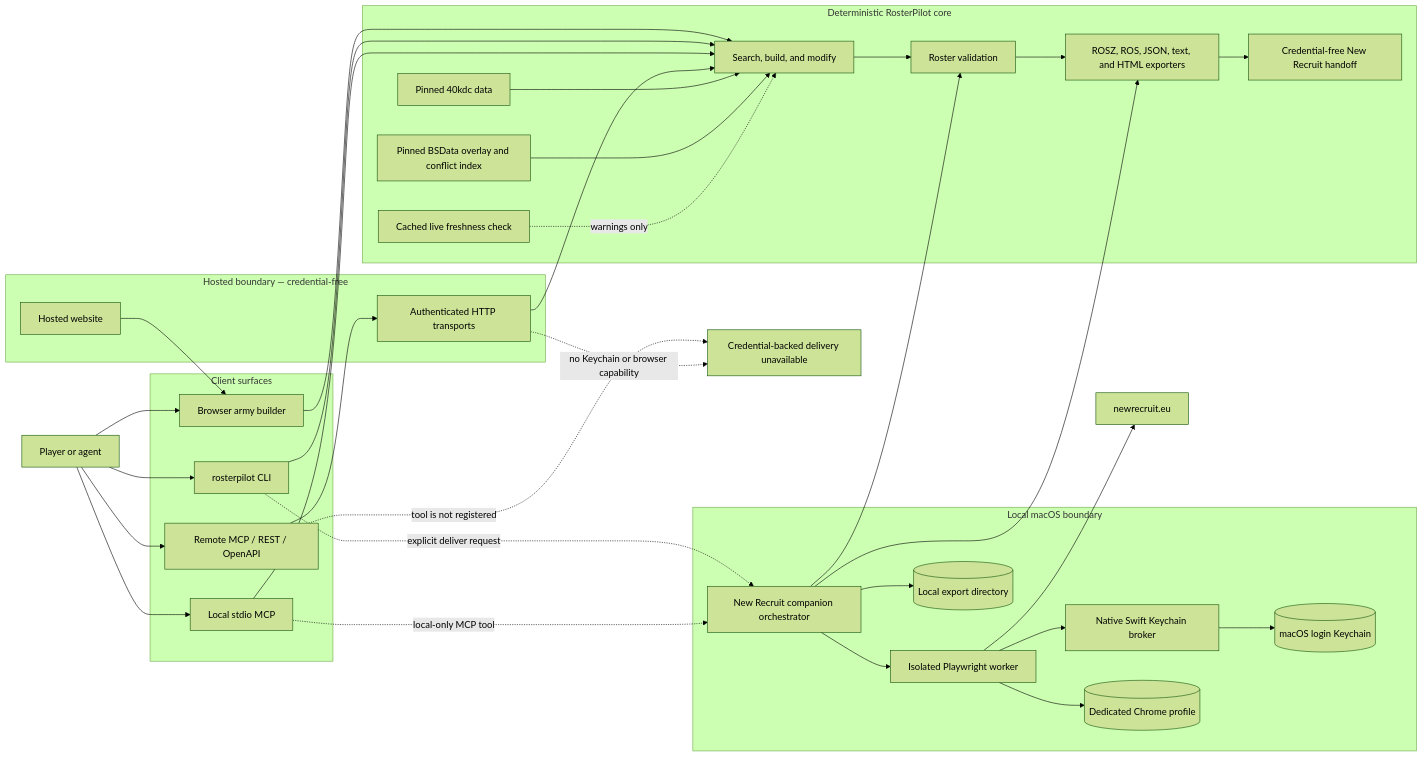
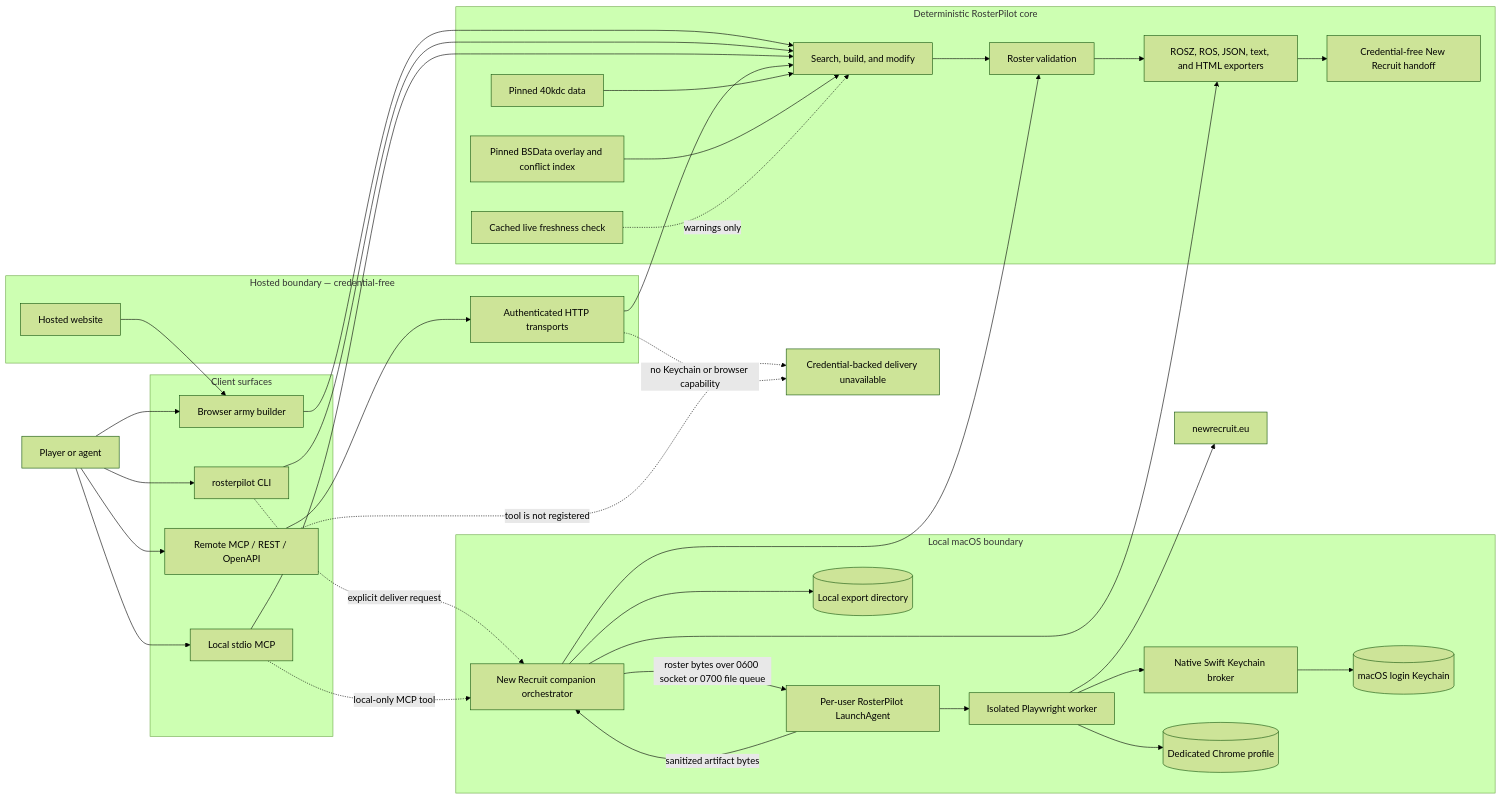
Before and after one commit to jrichyrich/new_recruit: the first of 4 diagrams in docs/architecture.md, drawn with Mermaid (forest theme). The commit also changed other lines of this file and 35 other files, not shown here.

````diff
--- a/docs/architecture.md
+++ b/docs/architecture.md
@@ -79,71 +122,74 @@
 ```mermaid
 flowchart LR
     user["Player or agent"]
 
     subgraph clients["Client surfaces"]
         web["Browser army builder"]
         cli["rosterpilot CLI"]
         localMcp["Local stdio MCP"]
         remote["Remote MCP / REST / OpenAPI"]
     end
 
     subgraph core["Deterministic RosterPilot core"]
         data["Pinned 40kdc data"]
         catalogue["Pinned BSData overlay and conflict index"]
         freshness["Cached live freshness check"]
         engine["Search, build, and modify"]
         validator["Roster validation"]
         exporter["ROSZ, ROS, JSON, text, and HTML exporters"]
         handoff["Credential-free New Recruit handoff"]
     end
 
     subgraph hosted["Hosted boundary — credential-free"]
         site["Hosted website"]
         http["Authenticated HTTP transports"]
     end
 
     subgraph local["Local macOS boundary"]
         companion["New Recruit companion orchestrator"]
+        agent["Per-user RosterPilot LaunchAgent"]
         worker["Isolated Playwright worker"]
         broker["Native Swift Keychain broker"]
         keychain[("macOS login Keychain")]
         profile[("Dedicated Chrome profile")]
         files[("Local export directory")]
     end
 
     newRecruit["newrecruit.eu"]
 
     user --> web
     user --> cli
     user --> localMcp
     user --> remote
 
     web --> engine
     cli --> engine
     localMcp --> engine
     remote --> http
     http --> engine
     site --> web
 
     data --> engine
     catalogue --> engine
     freshness -. "warnings only" .-> engine
     engine --> validator
     validator --> exporter
     exporter --> handoff
 
     cli -. "explicit deliver request" .-> companion
     localMcp -. "local-only MCP tool" .-> companion
     companion --> validator
     companion --> exporter
-    companion --> worker
+    companion -->|"roster bytes over 0600 socket or 0700 file queue"| agent
+    agent --> worker
     worker --> broker
     broker --> keychain
     worker --> profile
     worker --> newRecruit
+    agent -->|"sanitized artifact bytes"| companion
     companion --> files
 
     hostedStop["Credential-backed delivery unavailable"]
     remote -. "tool is not registered" .-> hostedStop
     http -. "no Keychain or browser capability" .-> hostedStop
 ```
````
